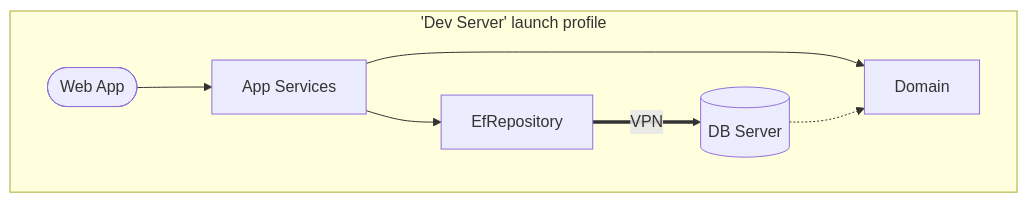
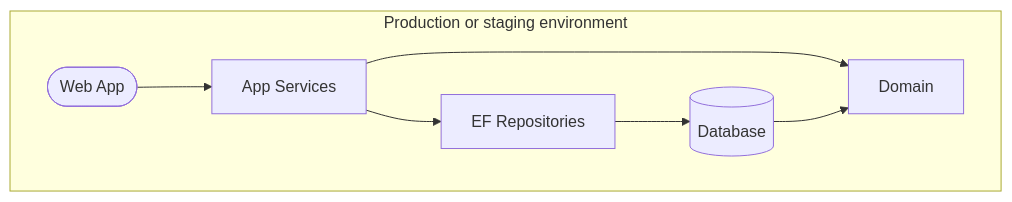
Before and after one commit to gaepdit/template-app: the third of 3 diagrams in README.md, drawn with Mermaid. The commit also changed other lines of this file and 16 other files, not shown here.

Commit message:
Simplify launch profiles and dev settings

````diff
--- a/README.md
+++ b/README.md
@@ -141,16 +145,17 @@
 ```mermaid
 flowchart LR
-    subgraph SPD["'Dev Server' launch profile"]
+    subgraph SPD["Production or staging environment"]
         direction LR
         D[Domain]
-        R[EfRepository]
+        R[EF Repositories]
         A[App Services]
         W([Web App])
-        B[(DB Server)]
+        B[(Database)]
 
         W --> A
         A --> D
         A --> R
-        R ==>|VPN| B -.-> D
+        R --> B
+        B --> D
     end
 ```
````
